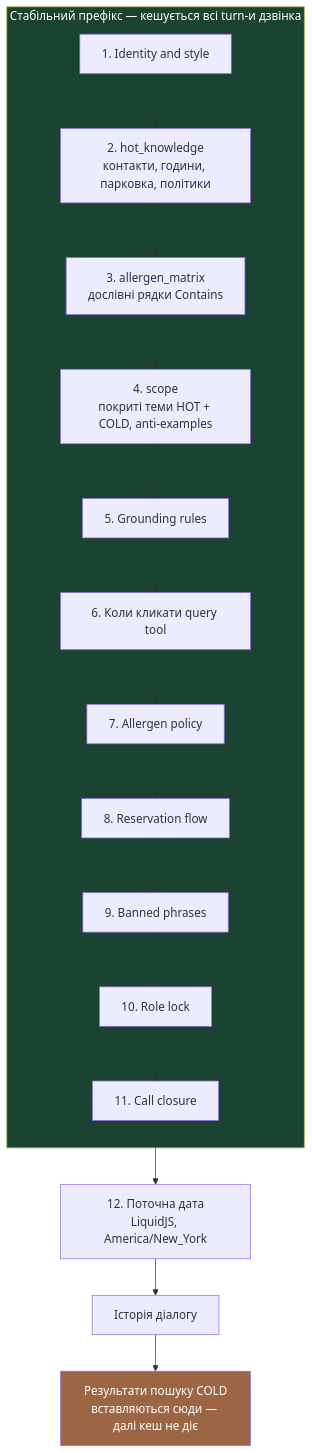
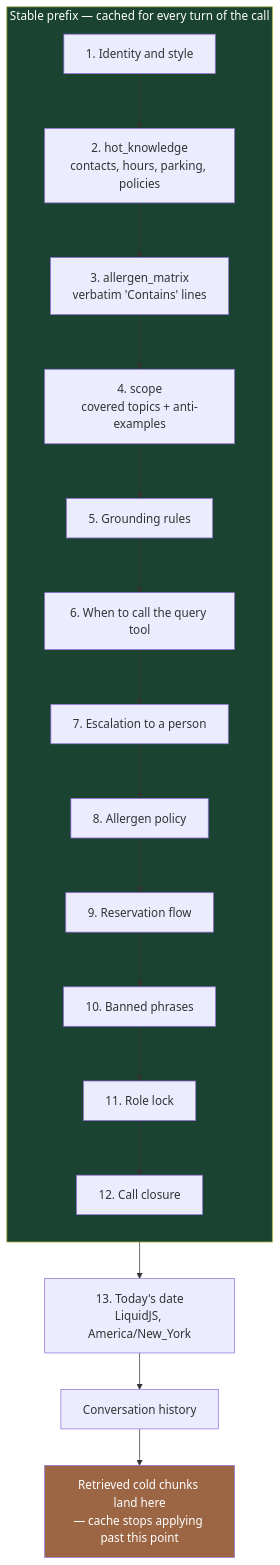
Before and after one commit to Dmitriymush/lemongrass-voice-agent: the diagram in docs/diagrams/03-prompt-structure.mmd, drawn with Mermaid. The commit also changed 14 other files, not shown here.

First line of the commit message:
Translate the architecture and diagrams into English

```diff
--- a/docs/diagrams/03-prompt-structure.mmd
+++ b/docs/diagrams/03-prompt-structure.mmd
@@ -1,23 +1,24 @@
 flowchart TD
-    subgraph STABLE["Стабільний префікс — кешується всі turn-и дзвінка"]
+    subgraph STABLE["Stable prefix — cached for every turn of the call"]
         direction TB
         S1["1. Identity and style"]
-        S2["2. hot_knowledge<br/>контакти, години, парковка, політики"]
-        S3["3. allergen_matrix<br/>дослівні рядки Contains"]
-        S4["4. scope<br/>покриті теми HOT + COLD, anti-examples"]
+        S2["2. hot_knowledge<br/>contacts, hours, parking, policies"]
+        S3["3. allergen_matrix<br/>verbatim 'Contains' lines"]
+        S4["4. scope<br/>covered topics + anti-examples"]
         S5["5. Grounding rules"]
-        S6["6. Коли кликати query tool"]
-        S7["7. Allergen policy"]
-        S8["8. Reservation flow"]
-        S9["9. Banned phrases"]
-        S10["10. Role lock"]
-        S11["11. Call closure"]
-        S1 --> S2 --> S3 --> S4 --> S5 --> S6 --> S7 --> S8 --> S9 --> S10 --> S11
+        S6["6. When to call the query tool"]
+        S7["7. Escalation to a person"]
+        S8["8. Allergen policy"]
+        S9["9. Reservation flow"]
+        S10["10. Banned phrases"]
+        S11["11. Role lock"]
+        S12["12. Call closure"]
+        S1 --> S2 --> S3 --> S4 --> S5 --> S6 --> S7 --> S8 --> S9 --> S10 --> S11 --> S12
     end
 
-    S11 --> V["12. Поточна дата<br/>LiquidJS, America/New_York"]
-    V --> H["Історія діалогу"]
-    H --> R["Результати пошуку COLD<br/>вставляються сюди — далі кеш не діє"]
+    S12 --> V["13. Today's date<br/>LiquidJS, America/New_York"]
+    V --> H["Conversation history"]
+    H --> R["Retrieved cold chunks land here<br/>— cache stops applying past this point"]
 
     style STABLE fill:#1b4332,color:#fff
     style R fill:#9c6644,color:#fff
```
